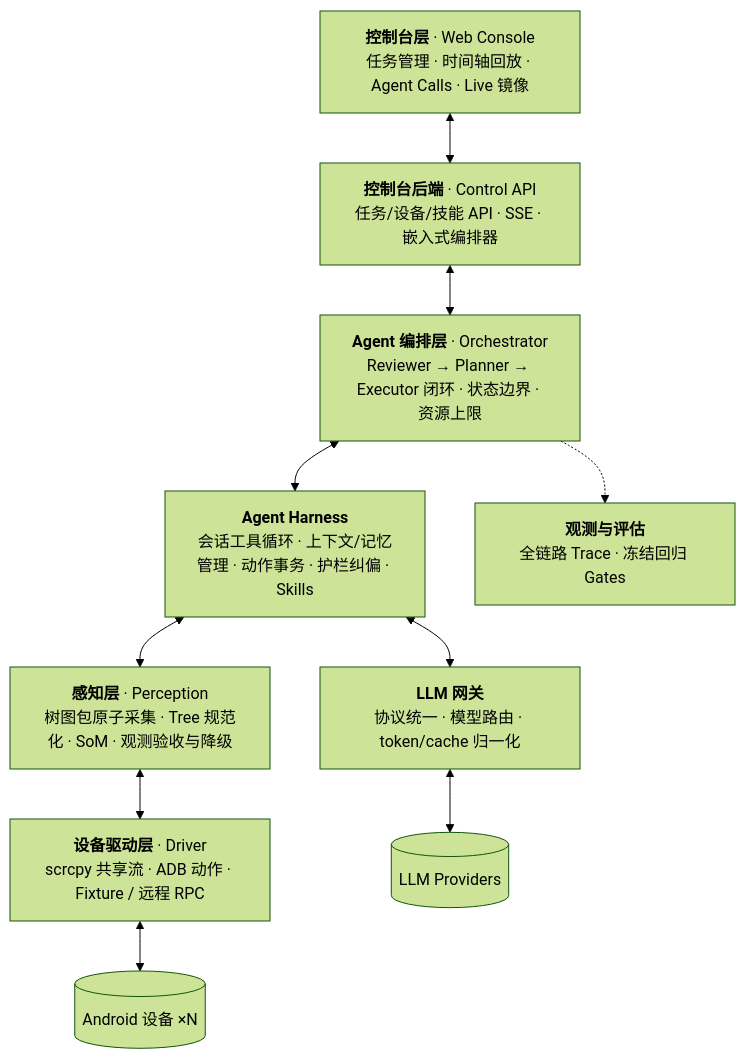
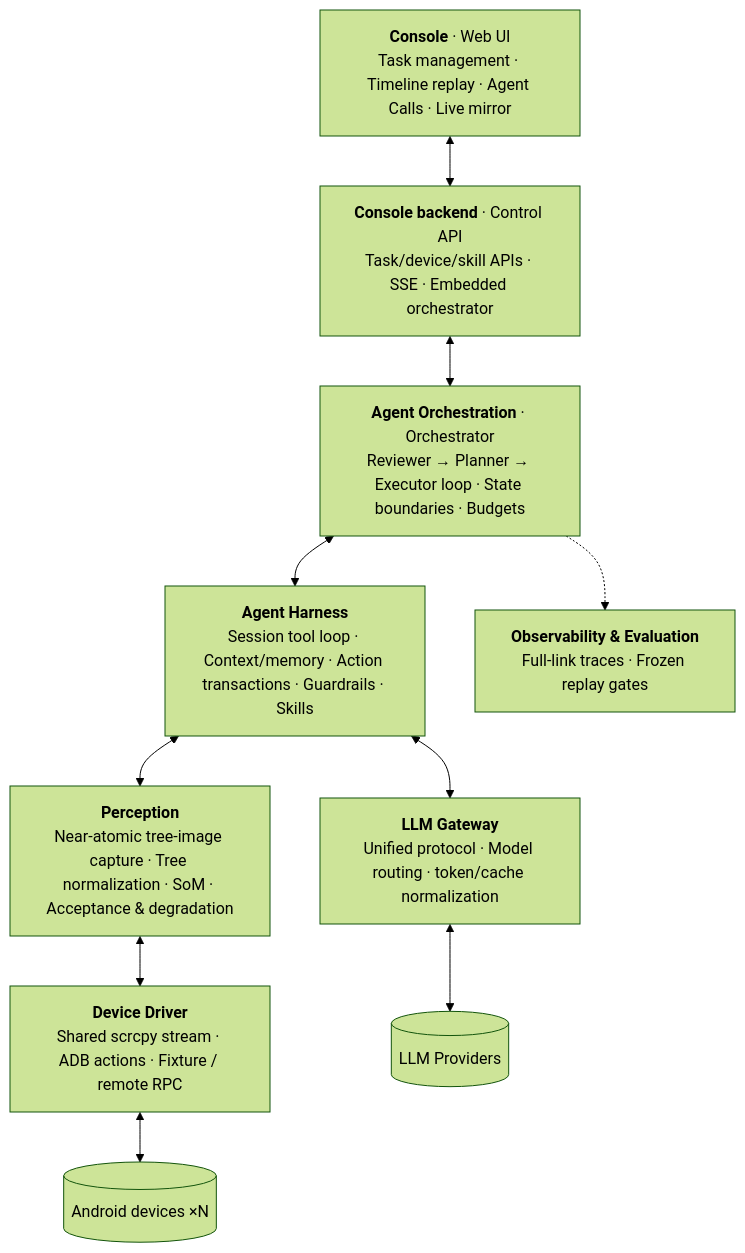
One commit to LordRosenberg/ClickClick changed the first of 5 diagrams in README.md. Above: the diagram before and after it, drawn with Mermaid (forest theme). The commit also changed other lines of this file and 55 other files, not shown here.

````diff
--- a/README.md
+++ b/README.md
@@ -15,18 +27,18 @@
 ```mermaid
 flowchart TB
-  L7["<b>控制台层</b> · Web Console<br/>任务管理 · 时间轴回放 · Agent Calls · Live 镜像"]
-  L6["<b>控制台后端</b> · Control API<br/>任务/设备/技能 API · SSE · 嵌入式编排器"]
-  L5["<b>Agent 编排层</b> · Orchestrator<br/>Reviewer → Planner → Executor 闭环 · 状态边界 · 资源上限"]
-  L4["<b>Agent Harness</b><br/>会话工具循环 · 上下文/记忆管理 · 动作事务 · 护栏纠偏 · Skills"]
-  L3["<b>感知层</b> · Perception<br/>树图包原子采集 · Tree 规范化 · SoM · 观测验收与降级"]
-  L2["<b>设备驱动层</b> · Driver<br/>scrcpy 共享流 · ADB 动作 · Fixture / 远程 RPC"]
-  L1[("Android 设备 ×N")]
+  L7["<b>Console</b> · Web UI<br/>Task management · Timeline replay · Agent Calls · Live mirror"]
+  L6["<b>Console backend</b> · Control API<br/>Task/device/skill APIs · SSE · Embedded orchestrator"]
+  L5["<b>Agent Orchestration</b> · Orchestrator<br/>Reviewer → Planner → Executor loop · State boundaries · Budgets"]
+  L4["<b>Agent Harness</b><br/>Session tool loop · Context/memory · Action transactions · Guardrails · Skills"]
+  L3["<b>Perception</b><br/>Near-atomic tree-image capture · Tree normalization · SoM · Acceptance & degradation"]
+  L2["<b>Device Driver</b><br/>Shared scrcpy stream · ADB actions · Fixture / remote RPC"]
+  L1[("Android devices ×N")]
 
-  GW["<b>LLM 网关</b><br/>协议统一 · 模型路由 · token/cache 归一化"]
+  GW["<b>LLM Gateway</b><br/>Unified protocol · Model routing · token/cache normalization"]
   LLM[("LLM Providers")]
-  EVAL["<b>观测与评估</b><br/>全链路 Trace · 冻结回归 Gates"]
+  EVAL["<b>Observability & Evaluation</b><br/>Full-link traces · Frozen replay gates"]
 
   L7 <--> L6 <--> L5 <--> L4 <--> L3 <--> L2 <--> L1
   L4 <--> GW <--> LLM
   L5 -.-> EVAL
 ```
````
